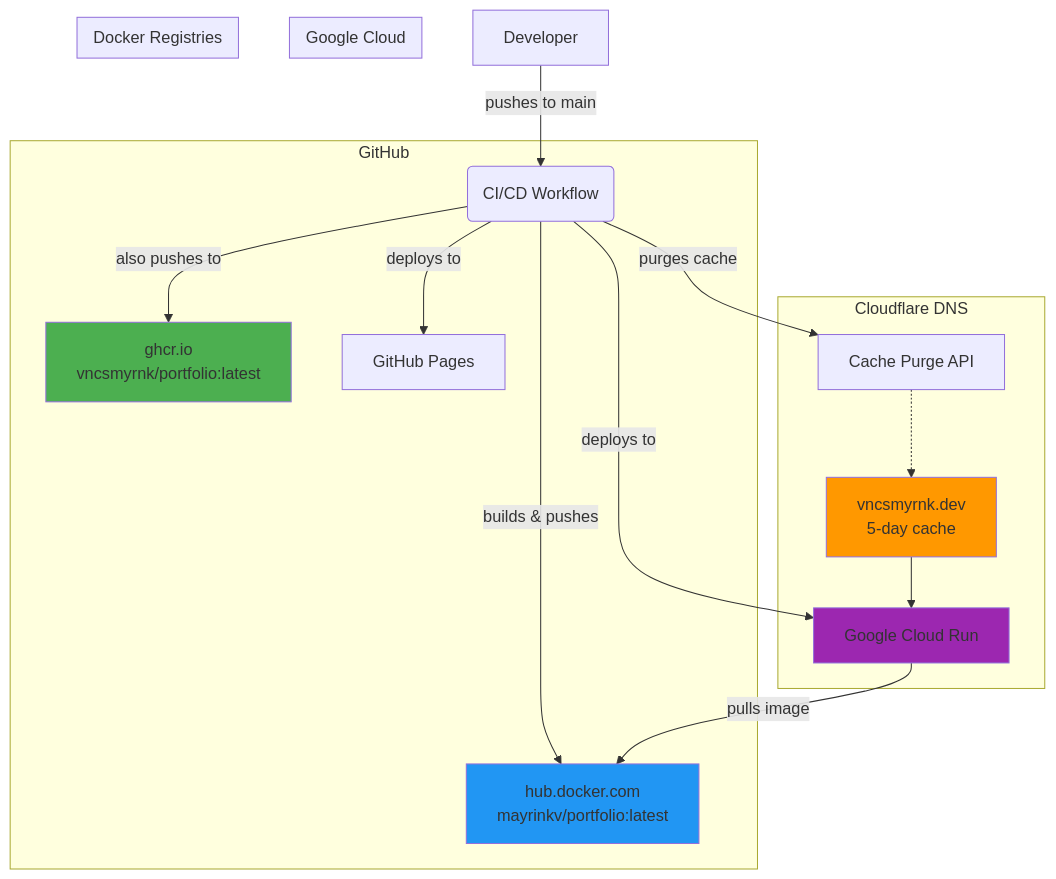
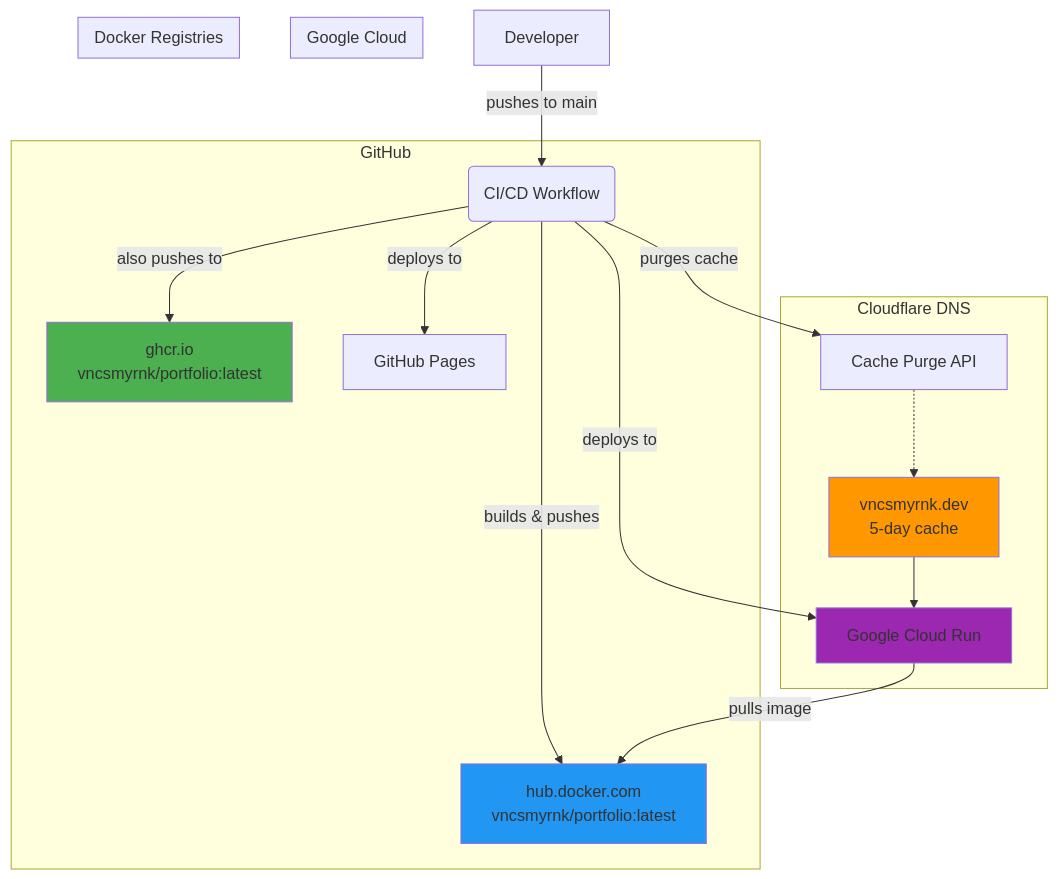
Before and after one commit to vncsmyrnk/portfolio: the diagram in README.md, drawn with Mermaid.

Commit message:
docs(README): corrects dockerhub repo URL

````diff
--- a/README.md
+++ b/README.md
@@ -17,31 +17,31 @@
 ```mermaid
 graph TD
     subgraph "Cloudflare DNS"
         A[vncsmyrnk.dev<br/>5-day cache] --> B[Google Cloud Run];
         G[Cache Purge API] -.-> A;
     end
 
     subgraph "GitHub"
         C(CI/CD Workflow) --> |"deploys to"| B;
-        C --> |"builds & pushes"| D[hub.docker.com<br/>mayrinkv/portfolio:latest];
+        C --> |"builds & pushes"| D[hub.docker.com<br/>vncsmyrnk/portfolio:latest];
         C --> |"also pushes to"| H[ghcr.io<br/>vncsmyrnk/portfolio:latest];
         C --> |"deploys to"| E[GitHub Pages];
         C --> |"purges cache"| G;
     end
 
     subgraph "Google Cloud"
         B --> |"pulls image"| D;
     end
 
     subgraph "Docker Registries"
         D;
         H;
     end
 
     F[Developer] --> |"pushes to main"| C;
     
     style A fill:#ff9800
     style D fill:#2196f3
     style H fill:#4caf50
     style B fill:#9c27b0
 ```
````
